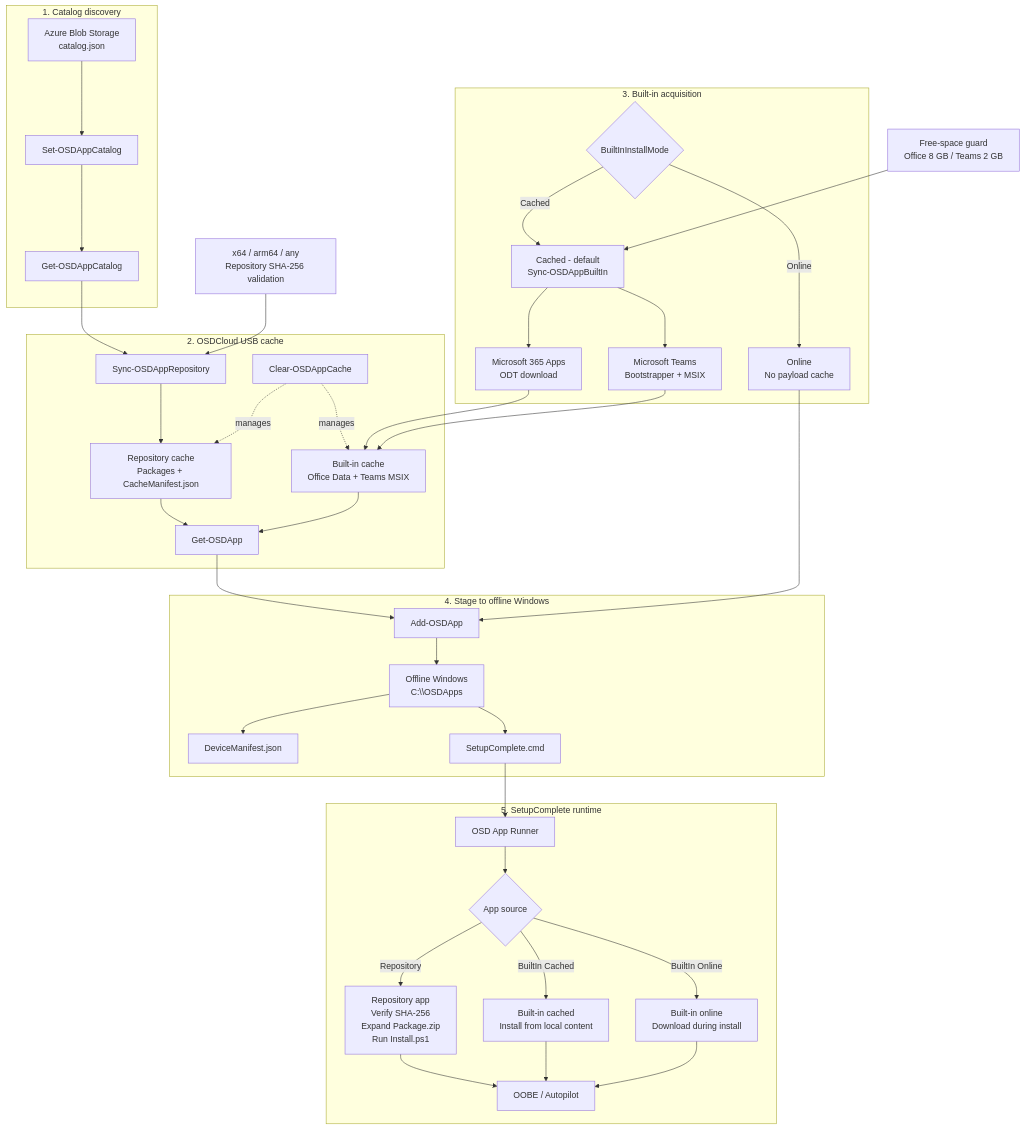
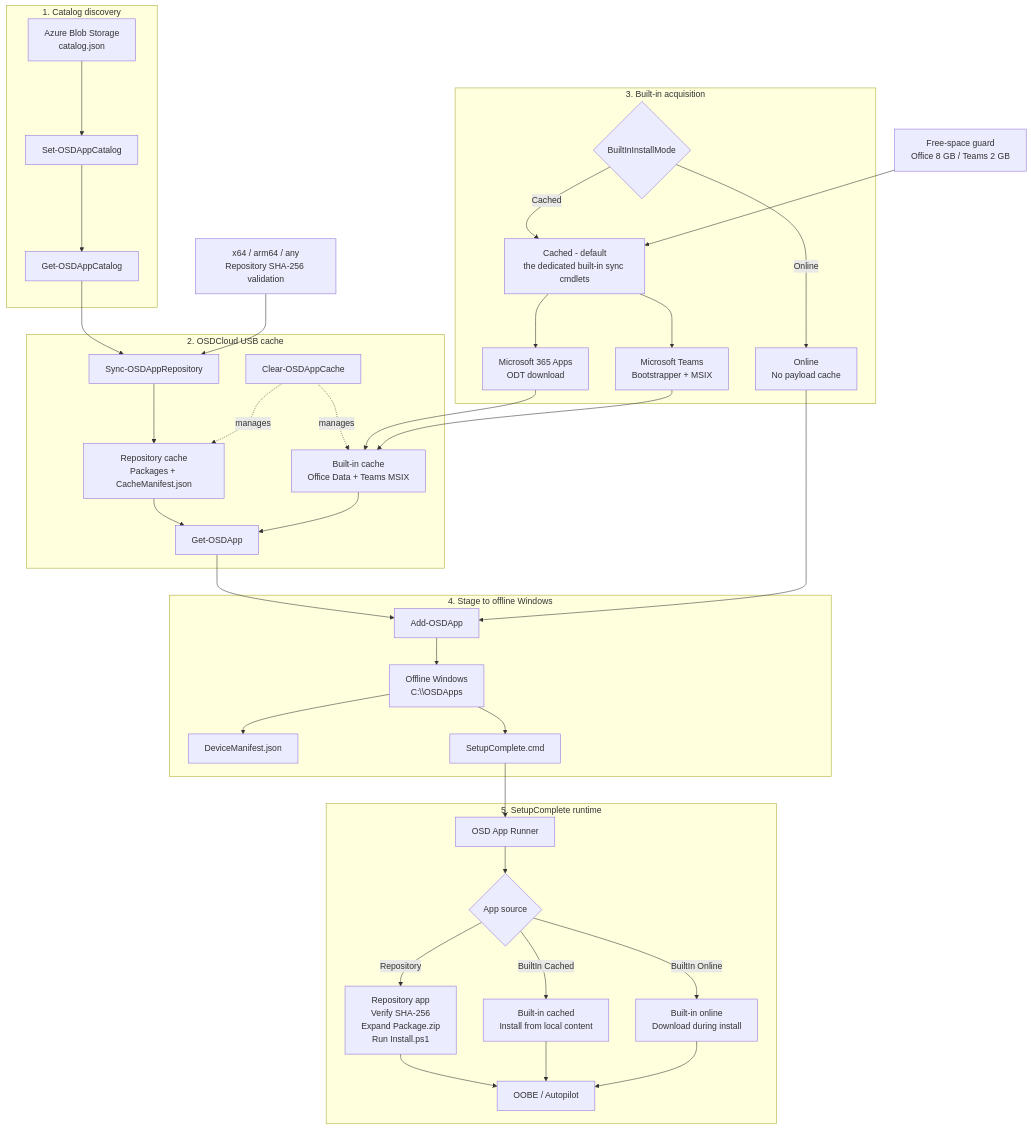
The diagram in README.md (roryvossepoel/OSDAppClient), drawn with Mermaid before and after one commit. The commit also changed other lines of this file, not shown here.

Commit message:
Document dedicated built-in sync cmdlets and full Windows refresh model

````diff
--- a/README.md
+++ b/README.md
@@ -10,74 +10,74 @@
 ```mermaid
 flowchart TB
     subgraph DISCOVERY["1. Catalog discovery"]
         A[Azure Blob Storage<br/>catalog.json]
         B[Set-OSDAppCatalog]
         C[Get-OSDAppCatalog]
         A --> B --> C
     end
 
     subgraph USB["2. OSDCloud USB cache"]
         D[Sync-OSDAppRepository]
         E[Repository cache<br/>Packages + CacheManifest.json]
         F[Built-in cache<br/>Office Data + Teams MSIX]
         G[Get-OSDApp]
         H[Clear-OSDAppCache]
 
         D --> E
         E --> G
         F --> G
         H -. manages .-> E
         H -. manages .-> F
     end
 
     subgraph BUILTINS["3. Built-in acquisition"]
         I{BuiltInInstallMode}
-        J[Cached - default<br/>Sync-OSDAppBuiltIn]
+        J[Cached - default<br/>the dedicated built-in sync cmdlets]
         K[Online<br/>No payload cache]
         L[Microsoft 365 Apps<br/>ODT download]
         M[Microsoft Teams<br/>Bootstrapper + MSIX]
 
         I -->|Cached| J
         I -->|Online| K
         J --> L
         J --> M
         L --> F
         M --> F
     end
 
     subgraph STAGE["4. Stage to offline Windows"]
         N[Add-OSDApp]
         O[Offline Windows<br/>C:\\OSDApps]
         P[DeviceManifest.json]
         Q[SetupComplete.cmd]
 
         N --> O
         O --> P
         O --> Q
     end
 
     subgraph RUNTIME["5. SetupComplete runtime"]
         R[OSD App Runner]
         S{App source}
         T[Repository app<br/>Verify SHA-256<br/>Expand Package.zip<br/>Run Install.ps1]
         U[Built-in cached<br/>Install from local content]
         V[Built-in online<br/>Download during install]
         W[OOBE / Autopilot]
 
         R --> S
         S -->|Repository| T
         S -->|BuiltIn Cached| U
         S -->|BuiltIn Online| V
         T --> W
         U --> W
         V --> W
     end
 
     C --> D
     G --> N
     K --> N
     Q --> R
 
     X[x64 / arm64 / any<br/>Repository SHA-256 validation] --> D
     Y[Free-space guard<br/>Office 8 GB / Teams 2 GB] --> J
 ```
````
